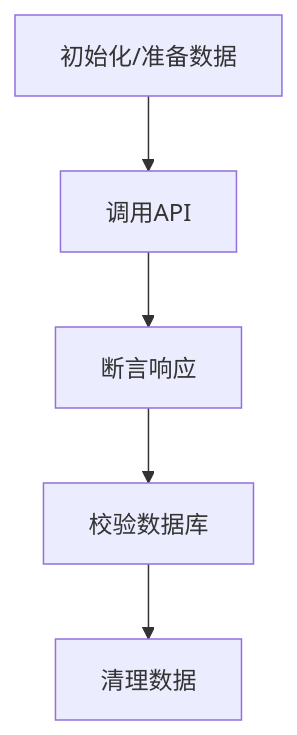
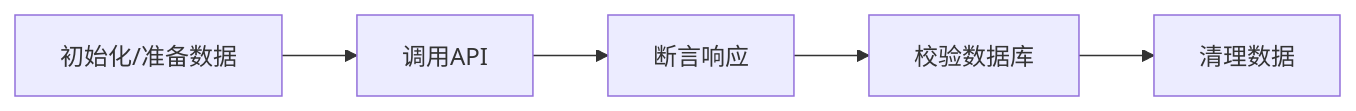
Before and after one commit to uytrdcvbjhgf/guyuechen.github.io: the fifth of 6 diagrams in content/posts/automation/talk-about-automation.md, drawn with Mermaid. The commit also changed other lines of this file and 1 other file, not shown here.

Commit message:
mermaid style

````diff
--- a/content/posts/automation/talk-about-automation.md
+++ b/content/posts/automation/talk-about-automation.md
@@ -197,9 +226,9 @@
 ```mermaid
-graph TD
+graph LR
     Prep[初始化/准备数据]
     Req[调用API]
     Resp[断言响应]
     DBV[校验数据库]
     Clean[清理数据]
     Prep --> Req --> Resp --> DBV --> Clean
 ```
````
